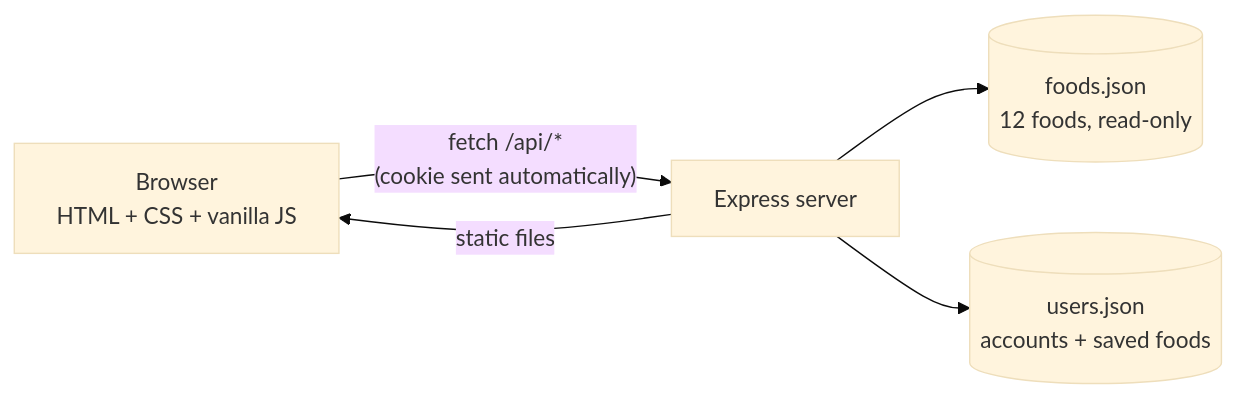
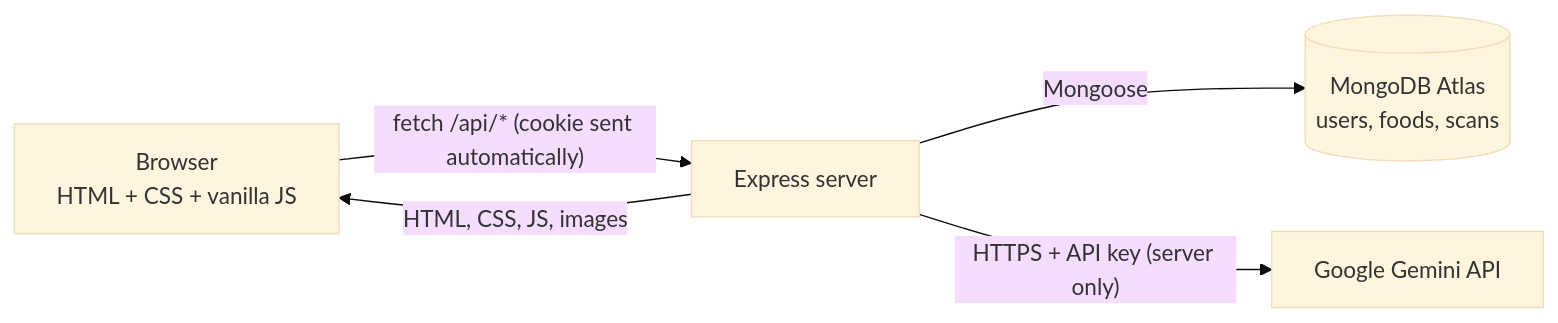
The first of 6 diagrams in PROJECT_STATUS.md (sheershh/ShelfLife), drawn with Mermaid (base theme) before and after one commit. The commit also changed other lines of this file and 75 other files, not shown here.

First line of the commit message:
ShelfLife 2.0: MongoDB Atlas, AI freshness scanner, admin console, redesign

````diff
--- a/PROJECT_STATUS.md
+++ b/PROJECT_STATUS.md
@@ -60,7 +77,7 @@
 ```mermaid
 flowchart LR
-    B["Browser<br/>HTML + CSS + vanilla JS"] -- "fetch /api/*<br/>(cookie sent automatically)" --> E["Express server"]
-    E -- "static files" --> B
-    E --> F[("foods.json<br/>12 foods, read-only")]
-    E --> U[("users.json<br/>accounts + saved foods")]
+    B["Browser<br/>HTML + CSS + vanilla JS"] -- "fetch /api/* (cookie sent automatically)" --> E["Express server"]
+    E -- "HTML, CSS, JS, images" --> B
+    E -- "Mongoose" --> M[("MongoDB Atlas<br/>users, foods, scans")]
+    E -- "HTTPS + API key (server only)" --> G["Google Gemini API"]
 ```
````
